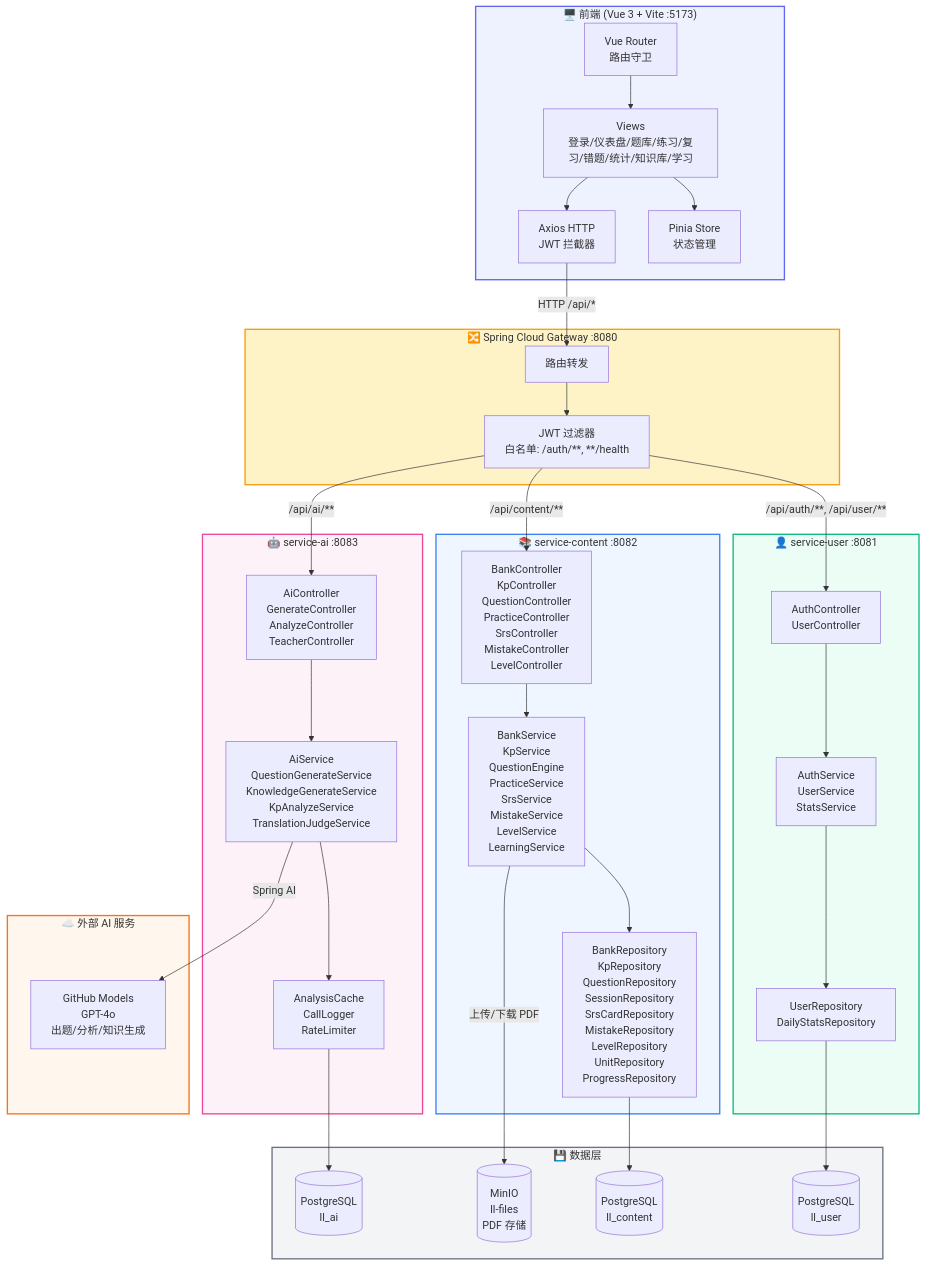
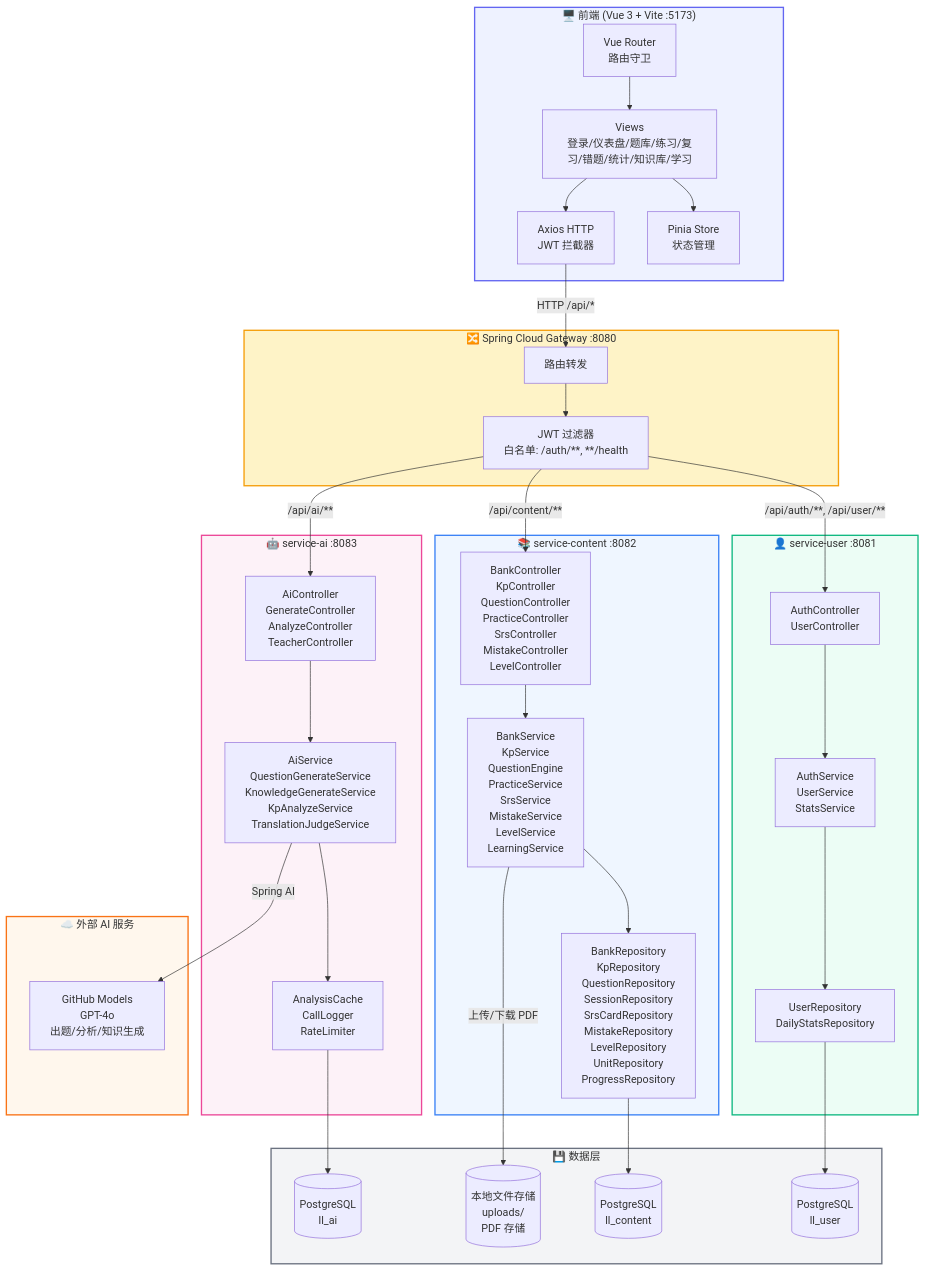
Before and after one commit to Felix-gg-cloud/ClaudeWorkspace: the first of 6 diagrams in projects/LinguaLeap/docs/architecture.md, drawn with Mermaid. The commit also changed other lines of this file and 9 other files, not shown here.

````diff
--- a/projects/LinguaLeap/docs/architecture.md
+++ b/projects/LinguaLeap/docs/architecture.md
@@ -5,76 +5,76 @@
 ```mermaid
 graph TB
     subgraph 前端["🖥️ 前端 (Vue 3 + Vite :5173)"]
         FE_Router["Vue Router<br/>路由守卫"]
         FE_Pinia["Pinia Store<br/>状态管理"]
         FE_Views["Views<br/>登录/仪表盘/题库/练习/复习/错题/统计/知识库/学习"]
         FE_API["Axios HTTP<br/>JWT 拦截器"]
     end
 
     FE_Router --> FE_Views
     FE_Views --> FE_Pinia
     FE_Views --> FE_API
 
     FE_API -->|"HTTP /api/*"| GW
 
     subgraph 网关["🔀 Spring Cloud Gateway :8080"]
         GW["路由转发"]
         JWT_Filter["JWT 过滤器<br/>白名单: /auth/**, **/health"]
     end
 
     GW --> JWT_Filter
 
     JWT_Filter -->|"/api/auth/**, /api/user/**"| SVC_USER
     JWT_Filter -->|"/api/content/**"| SVC_CONTENT
     JWT_Filter -->|"/api/ai/**"| SVC_AI
 
     subgraph 用户服务["👤 service-user :8081"]
         SVC_USER["AuthController<br/>UserController"]
         SVC_USER_SVC["AuthService<br/>UserService<br/>StatsService"]
         SVC_USER_REPO["UserRepository<br/>DailyStatsRepository"]
     end
 
     SVC_USER --> SVC_USER_SVC --> SVC_USER_REPO
 
     subgraph 题库服务["📚 service-content :8082"]
         SVC_CONTENT["BankController<br/>KpController<br/>QuestionController<br/>PracticeController<br/>SrsController<br/>MistakeController<br/>LevelController"]
         SVC_CONTENT_SVC["BankService<br/>KpService<br/>QuestionEngine<br/>PracticeService<br/>SrsService<br/>MistakeService<br/>LevelService<br/>LearningService"]
         SVC_CONTENT_REPO["BankRepository<br/>KpRepository<br/>QuestionRepository<br/>SessionRepository<br/>SrsCardRepository<br/>MistakeRepository<br/>LevelRepository<br/>UnitRepository<br/>ProgressRepository"]
     end
 
     SVC_CONTENT --> SVC_CONTENT_SVC --> SVC_CONTENT_REPO
 
     subgraph AI服务["🤖 service-ai :8083"]
         SVC_AI["AiController<br/>GenerateController<br/>AnalyzeController<br/>TeacherController"]
         SVC_AI_SVC["AiService<br/>QuestionGenerateService<br/>KnowledgeGenerateService<br/>KpAnalyzeService<br/>TranslationJudgeService"]
         SVC_AI_CACHE["AnalysisCache<br/>CallLogger<br/>RateLimiter"]
     end
 
     SVC_AI --> SVC_AI_SVC --> SVC_AI_CACHE
 
     subgraph 数据层["💾 数据层"]
         PG_USER[("PostgreSQL<br/>ll_user")]
         PG_CONTENT[("PostgreSQL<br/>ll_content")]
         PG_AI[("PostgreSQL<br/>ll_ai")]
-        MINIO[("MinIO<br/>ll-files<br/>PDF 存储")]
+        LOCAL_FS[("本地文件存储<br/>uploads/<br/>PDF 存储")]
     end
 
     SVC_USER_REPO --> PG_USER
     SVC_CONTENT_REPO --> PG_CONTENT
-    SVC_CONTENT_SVC -->|"上传/下载 PDF"| MINIO
+    SVC_CONTENT_SVC -->|"上传/下载 PDF"| LOCAL_FS
     SVC_AI_CACHE --> PG_AI
 
     subgraph 外部服务["☁️ 外部 AI 服务"]
         GITHUB_MODELS["GitHub Models<br/>GPT-4o<br/>出题/分析/知识生成"]
     end
 
     SVC_AI_SVC -->|"Spring AI"| GITHUB_MODELS
 
     style 前端 fill:#EEF2FF,stroke:#6366F1,stroke-width:2px
     style 网关 fill:#FEF3C7,stroke:#F59E0B,stroke-width:2px
     style 用户服务 fill:#ECFDF5,stroke:#10B981,stroke-width:2px
     style 题库服务 fill:#EFF6FF,stroke:#3B82F6,stroke-width:2px
     style AI服务 fill:#FDF2F8,stroke:#EC4899,stroke-width:2px
     style 数据层 fill:#F3F4F6,stroke:#6B7280,stroke-width:2px
     style 外部服务 fill:#FFF7ED,stroke:#F97316,stroke-width:2px
 ```
````
